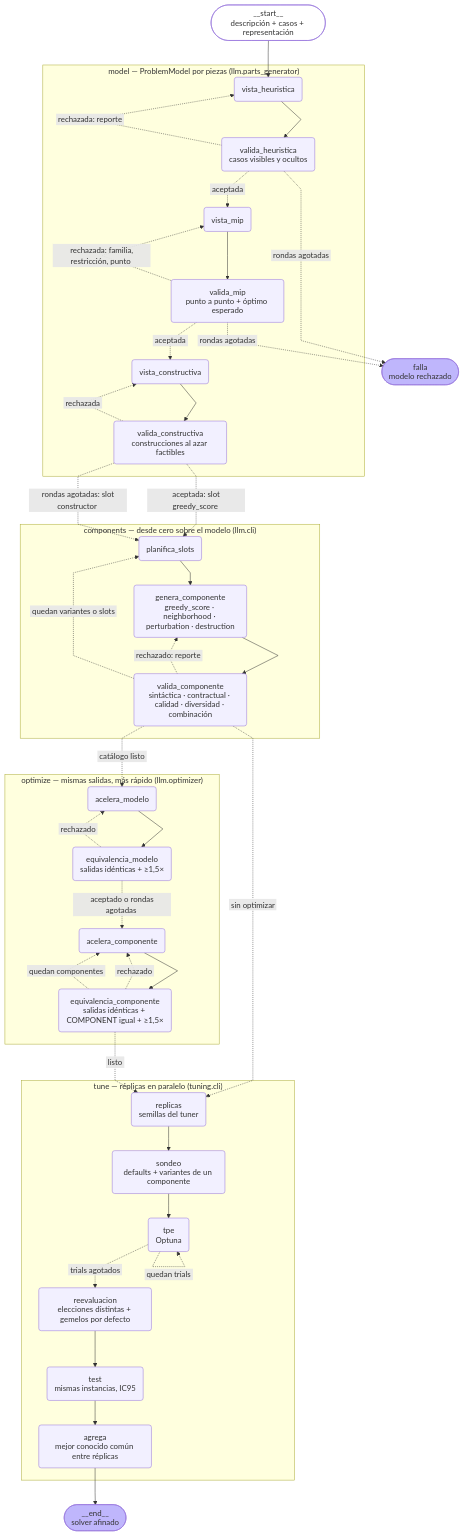
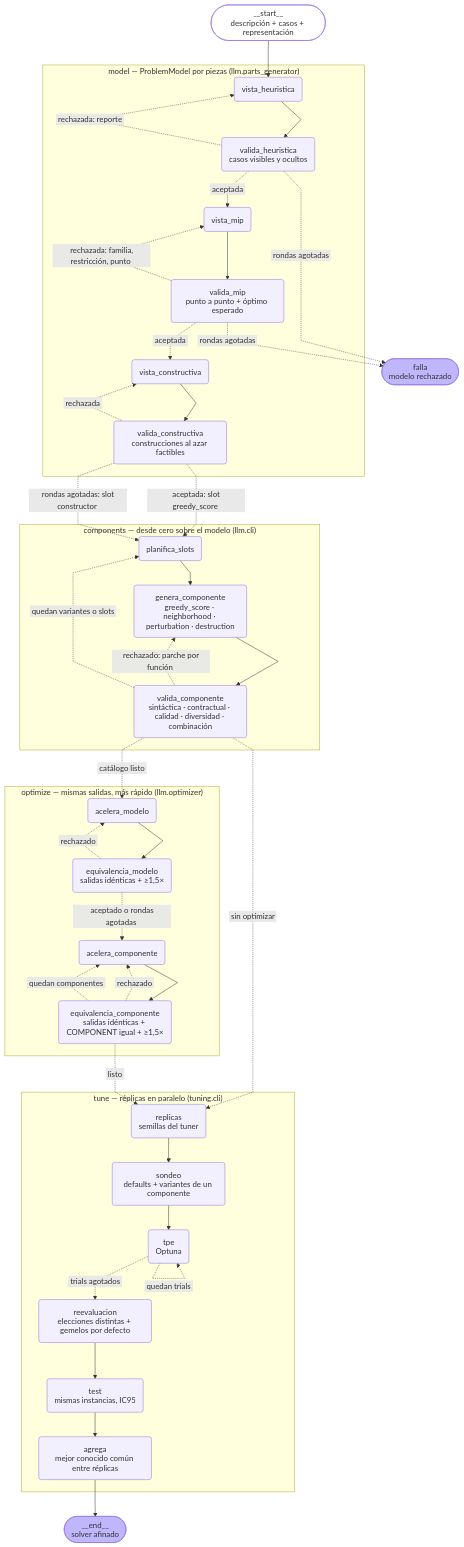
One commit to rilianx/hybrid_solver_framework changed the diagram in docs/ciclo_completo.md. Above: the diagram before and after it, drawn with Mermaid. The commit also changed other lines of this file and 8 other files, not shown here.

First line of the commit message:
Reparación localizada: las correcciones son parches por función

````diff
--- a/docs/ciclo_completo.md
+++ b/docs/ciclo_completo.md
@@ -8,80 +8,80 @@
 ```mermaid
 %%{init: {'flowchart': {'curve': 'linear'}}}%%
 graph TD;
 	__start__([<p>__start__<br/>descripción + casos + representación</p>]):::first
 
 	subgraph modelo["model — ProblemModel por piezas (llm.parts_generator)"]
 		vista_heuristica(vista_heuristica)
 		valida_heuristica(valida_heuristica<br/>casos visibles y ocultos)
 		vista_mip(vista_mip)
 		valida_mip(valida_mip<br/>punto a punto + óptimo esperado)
 		vista_constructiva(vista_constructiva)
 		valida_constructiva(valida_constructiva<br/>construcciones al azar factibles)
 	end
 
 	subgraph componentes["components — desde cero sobre el modelo (llm.cli)"]
 		planifica_slots(planifica_slots)
 		genera_componente(genera_componente<br/>greedy_score · neighborhood · perturbation · destruction)
 		valida_componente(valida_componente<br/>sintáctica · contractual · calidad · diversidad · combinación)
 	end
 
 	subgraph optimiza["optimize — mismas salidas, más rápido (llm.optimizer)"]
 		acelera_modelo(acelera_modelo)
 		equivalencia_modelo(equivalencia_modelo<br/>salidas idénticas + ≥1,5×)
 		acelera_componente(acelera_componente)
 		equivalencia_componente(equivalencia_componente<br/>salidas idénticas + COMPONENT igual + ≥1,5×)
 	end
 
 	subgraph tune["tune — réplicas en paralelo (tuning.cli)"]
 		replicas(replicas<br/>semillas del tuner)
 		sondeo(sondeo<br/>defaults + variantes de un componente)
 		tpe(tpe<br/>Optuna)
 		reevaluacion(reevaluacion<br/>elecciones distintas + gemelos por defecto)
 		test(test<br/>mismas instancias, IC95)
 		agrega(agrega<br/>mejor conocido común entre réplicas)
 	end
 
 	__end__([<p>__end__<br/>solver afinado</p>]):::last
 	falla([<p>falla<br/>modelo rechazado</p>]):::last
 
 	__start__ --> vista_heuristica;
 	vista_heuristica --> valida_heuristica;
 	valida_heuristica -. &nbsp;rechazada: reporte&nbsp; .-> vista_heuristica;
 	valida_heuristica -. &nbsp;aceptada&nbsp; .-> vista_mip;
 	valida_heuristica -. &nbsp;rondas agotadas&nbsp; .-> falla;
 	vista_mip --> valida_mip;
 	valida_mip -. &nbsp;rechazada: familia, restricción, punto&nbsp; .-> vista_mip;
 	valida_mip -. &nbsp;aceptada&nbsp; .-> vista_constructiva;
 	valida_mip -. &nbsp;rondas agotadas&nbsp; .-> falla;
 	vista_constructiva --> valida_constructiva;
 	valida_constructiva -. &nbsp;rechazada&nbsp; .-> vista_constructiva;
 	valida_constructiva -. &nbsp;aceptada: slot greedy_score&nbsp; .-> planifica_slots;
 	valida_constructiva -. &nbsp;rondas agotadas: slot constructor&nbsp; .-> planifica_slots;
 
 	planifica_slots --> genera_componente;
 	genera_componente --> valida_componente;
-	valida_componente -. &nbsp;rechazado: reporte&nbsp; .-> genera_componente;
+	valida_componente -. &nbsp;rechazado: parche por función&nbsp; .-> genera_componente;
 	valida_componente -. &nbsp;quedan variantes o slots&nbsp; .-> planifica_slots;
 	valida_componente -. &nbsp;catálogo listo&nbsp; .-> acelera_modelo;
 	valida_componente -. &nbsp;sin optimizar&nbsp; .-> replicas;
 
 	acelera_modelo --> equivalencia_modelo;
 	equivalencia_modelo -. &nbsp;rechazado&nbsp; .-> acelera_modelo;
 	equivalencia_modelo -. &nbsp;aceptado o rondas agotadas&nbsp; .-> acelera_componente;
 	acelera_componente --> equivalencia_componente;
 	equivalencia_componente -. &nbsp;rechazado&nbsp; .-> acelera_componente;
 	equivalencia_componente -. &nbsp;quedan componentes&nbsp; .-> acelera_componente;
 	equivalencia_componente -. &nbsp;listo&nbsp; .-> replicas;
 
 	replicas --> sondeo;
 	sondeo --> tpe;
 	tpe -. &nbsp;quedan trials&nbsp; .-> tpe;
 	tpe -. &nbsp;trials agotados&nbsp; .-> reevaluacion;
 	reevaluacion --> test;
 	test --> agrega;
 	agrega --> __end__;
 
 	classDef default fill:#f2f0ff,line-height:1.2
 	classDef first fill-opacity:0
 	classDef last fill:#bfb6fc
 ```
````
